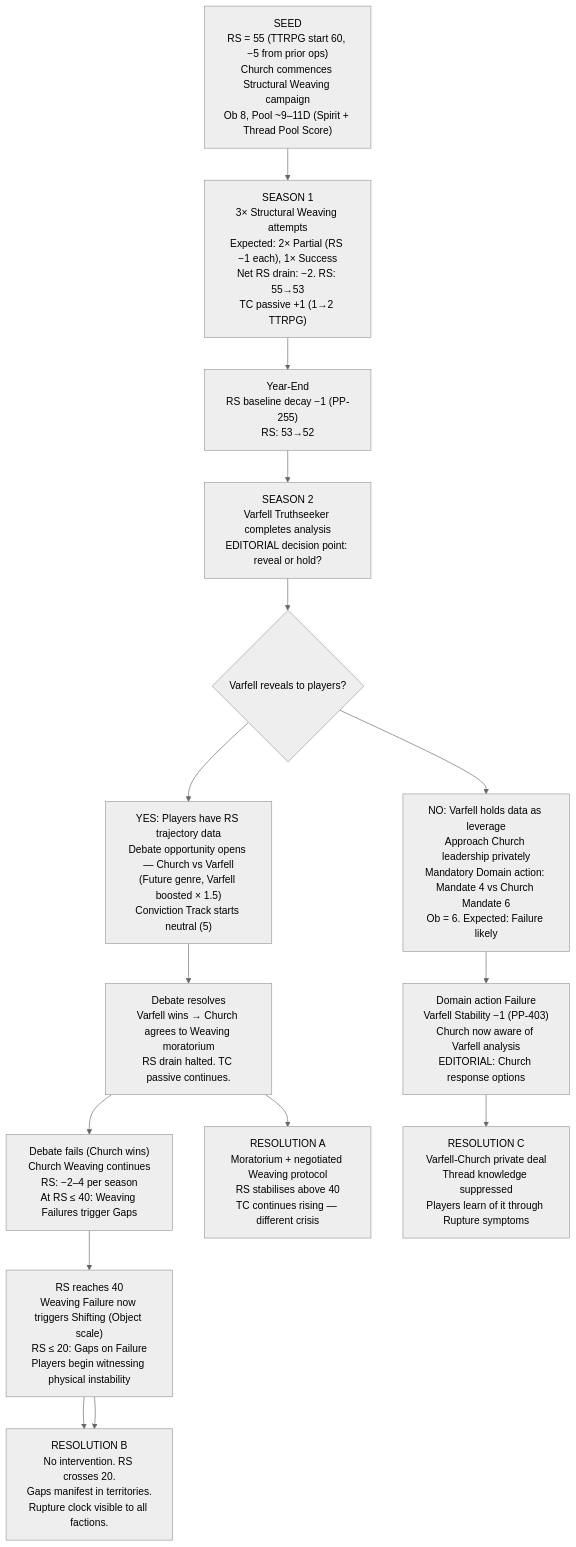
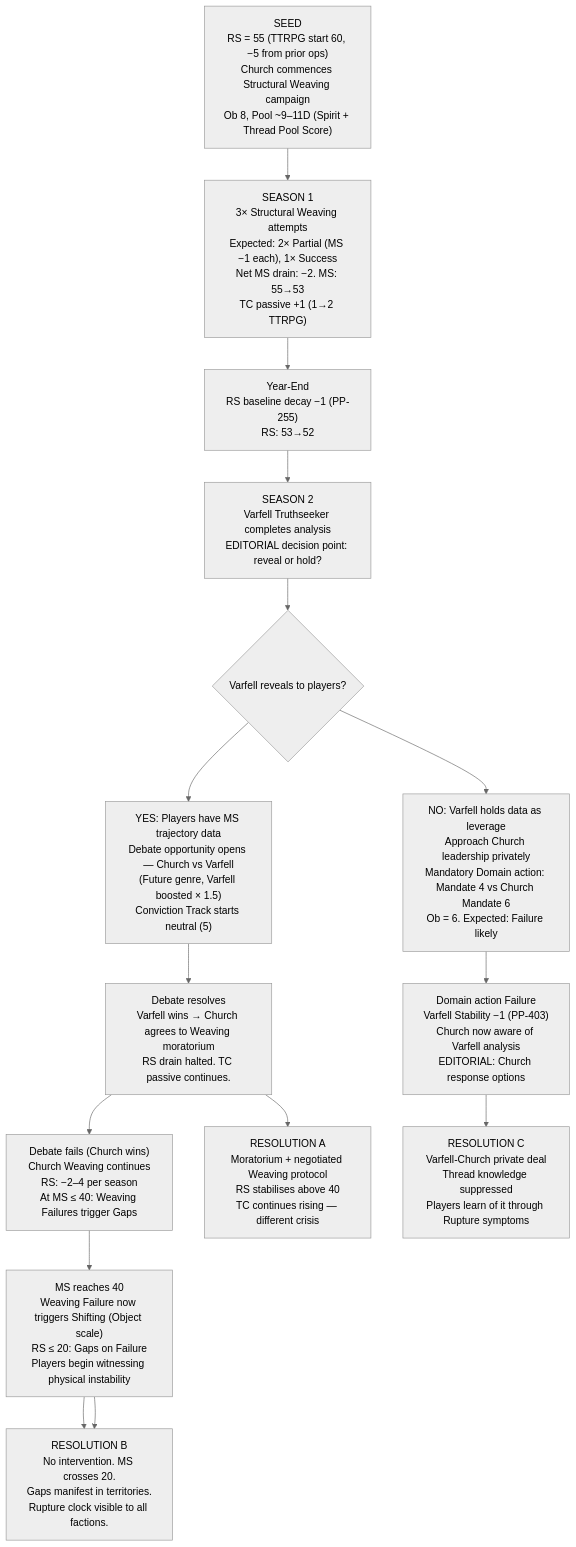
The first of 5 diagrams in designs/arcs/gm_ref/arcs_05_09.md (jordanelias/ttrpg), drawn with Mermaid (neutral theme) before and after one commit. The commit also changed other lines of this file and 40 other files, not shown here.

````diff
--- a/designs/arcs/gm_ref/arcs_05_09.md
+++ b/designs/arcs/gm_ref/arcs_05_09.md
@@ -30,23 +30,23 @@
 ```mermaid
 flowchart TD
     A["SEED\nRS = 55 (TTRPG start 60, −5 from prior ops)\nChurch commences Structural Weaving campaign\nOb 8, Pool ~9–11D (Spirit + Thread Pool Score)"]
-    B["SEASON 1\n3× Structural Weaving attempts\nExpected: 2× Partial (RS −1 each), 1× Success\nNet RS drain: −2. RS: 55→53\nTC passive +1 (1→2 TTRPG)"]
+    B["SEASON 1\n3× Structural Weaving attempts\nExpected: 2× Partial (MS −1 each), 1× Success\nNet MS drain: −2. MS: 55→53\nTC passive +1 (1→2 TTRPG)"]
     C["Year-End\nRS baseline decay −1 (PP-255)\nRS: 53→52"]
     D["SEASON 2\nVarfell Truthseeker completes analysis\nEDITORIAL decision point: reveal or hold?"]
     E{"Varfell reveals to players?"}
-    F["YES: Players have RS trajectory data\nDebate opportunity opens — Church vs Varfell\n(Future genre, Varfell boosted × 1.5)\nConviction Track starts neutral (5)"]
+    F["YES: Players have MS trajectory data\nDebate opportunity opens — Church vs Varfell\n(Future genre, Varfell boosted × 1.5)\nConviction Track starts neutral (5)"]
     G["NO: Varfell holds data as leverage\nApproach Church leadership privately\nMandatory Domain action: Mandate 4 vs Church Mandate 6\nOb = 6. Expected: Failure likely"]
     H["Debate resolves\nVarfell wins → Church agrees to Weaving moratorium\nRS drain halted. TC passive continues."]
-    I["Debate fails (Church wins)\nChurch Weaving continues\nRS: −2–4 per season\nAt RS ≤ 40: Weaving Failures trigger Gaps"]
+    I["Debate fails (Church wins)\nChurch Weaving continues\nRS: −2–4 per season\nAt MS ≤ 40: Weaving Failures trigger Gaps"]
     J["Domain action Failure\nVarfell Stability −1 (PP-403)\nChurch now aware of Varfell analysis\nEDITORIAL: Church response options"]
-    K["RS reaches 40\nWeaving Failure now triggers Shifting (Object scale)\nRS ≤ 20: Gaps on Failure\nPlayers begin witnessing physical instability"]
+    K["MS reaches 40\nWeaving Failure now triggers Shifting (Object scale)\nRS ≤ 20: Gaps on Failure\nPlayers begin witnessing physical instability"]
     L["RESOLUTION A\nMoratorium + negotiated Weaving protocol\nRS stabilises above 40\nTC continues rising — different crisis"]
-    M["RESOLUTION B\nNo intervention. RS crosses 20.\nGaps manifest in territories.\nRupture clock visible to all factions."]
+    M["RESOLUTION B\nNo intervention. MS crosses 20.\nGaps manifest in territories.\nRupture clock visible to all factions."]
     N["RESOLUTION C\nVarfell-Church private deal\nThread knowledge suppressed\nPlayers learn of it through Rupture symptoms"]
 
     A --> B --> C --> D --> E
     E --> F --> H --> L
     H --> I --> K --> M
     E --> G --> J --> N
     K --> M
 ```
````
